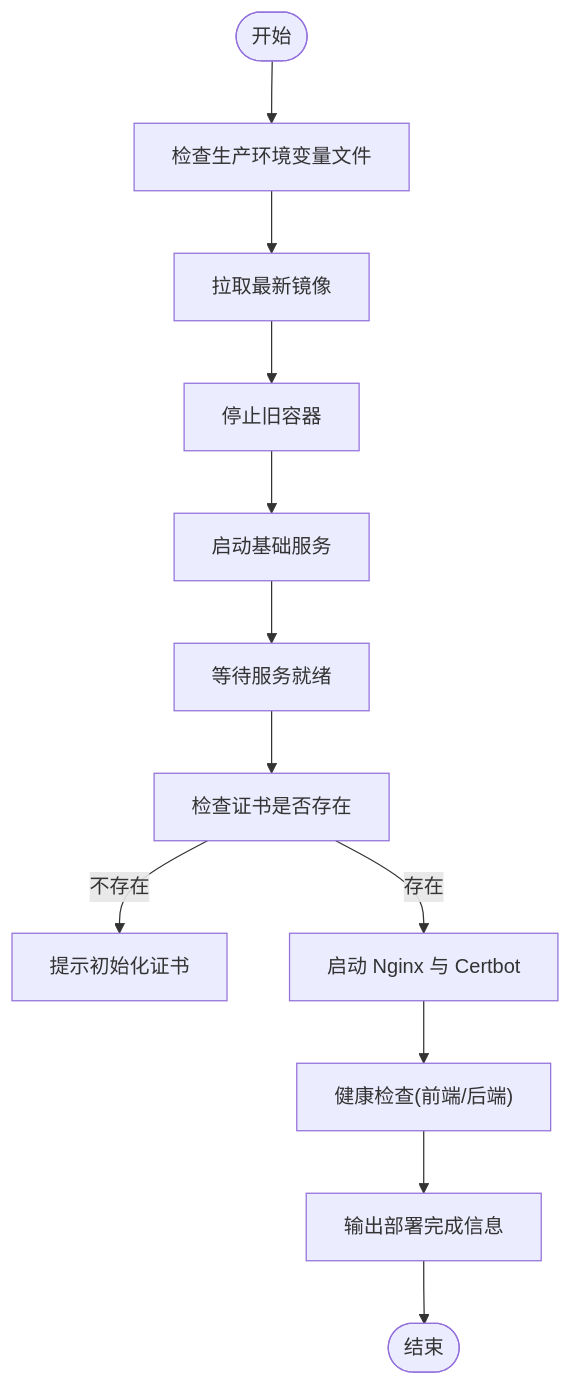
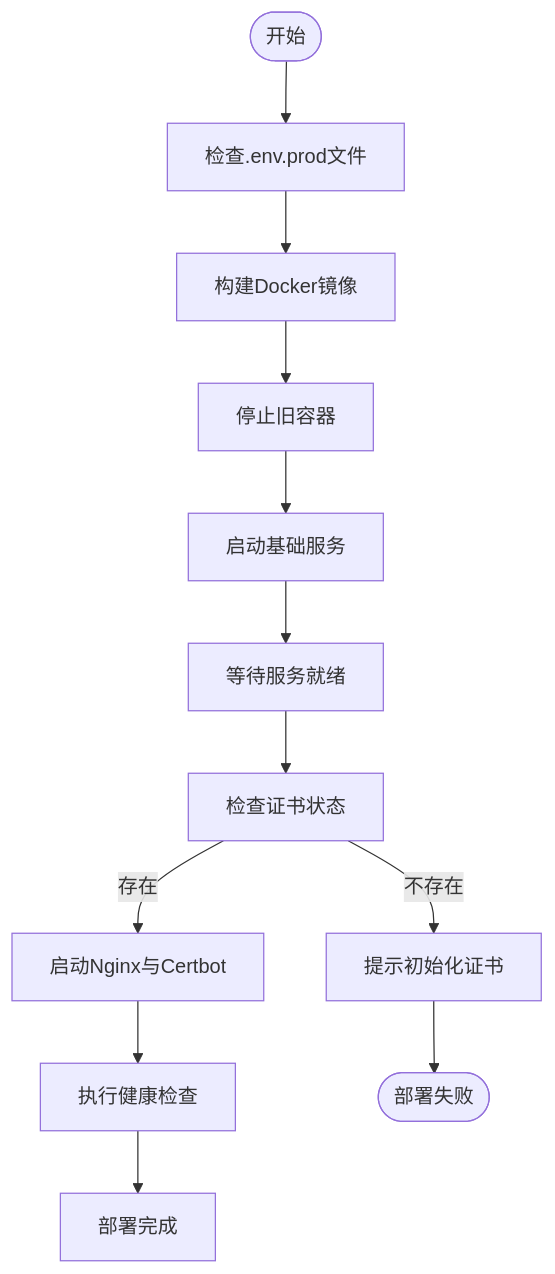
One commit to Will0253/zczk changed the fourth of 8 diagrams in .qoder/repowiki/zh/content/部署和运维/部署配置/自动化部署脚本.md. Above: the diagram before and after it, drawn with Mermaid. The commit also changed other lines of this file and 13 other files, not shown here.

````diff
--- a/.qoder/repowiki/zh/content/部署和运维/部署配置/自动化部署脚本.md
+++ b/.qoder/repowiki/zh/content/部署和运维/部署配置/自动化部署脚本.md
@@ -148,14 +174,14 @@
 ```mermaid
 flowchart TD
-DStart(["开始"]) --> CheckEnv["检查生产环境变量文件"]
-CheckEnv --> Pull["拉取最新镜像"]
-Pull --> Down["停止旧容器"]
-Down --> UpBase["启动基础服务"]
-UpBase --> WaitReady["等待服务就绪"]
-WaitReady --> CheckCert["检查证书是否存在"]
-CheckCert --> |不存在| InitCert["提示初始化证书"]
-CheckCert --> |存在| UpProxy["启动 Nginx 与 Certbot"]
-UpProxy --> Health["健康检查(前端/后端)"]
-Health --> Report["输出部署完成信息"]
-Report --> DEnd(["结束"])
+DStart(["开始"]) --> CheckEnv["检查.env.prod文件"]
+CheckEnv --> BuildImages["构建Docker镜像"]
+BuildImages --> StopOld["停止旧容器"]
+StopOld --> StartBase["启动基础服务"]
+StartBase --> WaitReady["等待服务就绪"]
+WaitReady --> CheckCert["检查证书状态"]
+CheckCert --> |不存在| PromptInit["提示初始化证书"]
+CheckCert --> |存在| StartProxy["启动Nginx与Certbot"]
+StartProxy --> HealthCheck["执行健康检查"]
+HealthCheck --> Success["部署完成"]
+PromptInit --> Error(["部署失败"])
 ```
````
